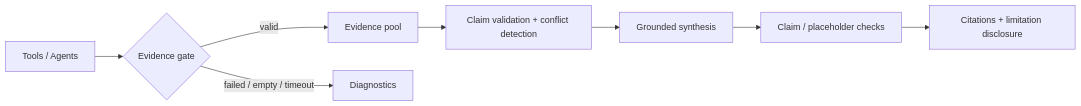
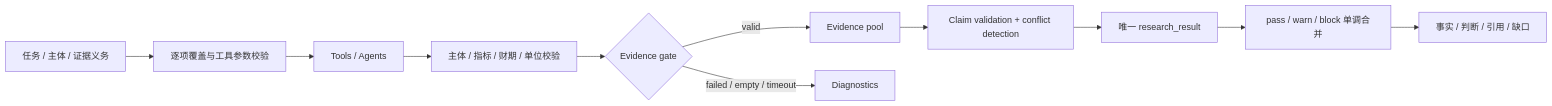
Before and after one commit to kkkano/FinSight: the diagram in docs/HALLUCINATION_MITIGATION.md, drawn with Mermaid. The commit also changed other lines of this file and 187 other files, not shown here.

Commit message:
refactor(research): unify request, evidence, quality and durable delivery

````diff
--- a/docs/HALLUCINATION_MITIGATION.md
+++ b/docs/HALLUCINATION_MITIGATION.md
@@ -7,10 +7,13 @@
 ```mermaid
 flowchart LR
-    TOOL[Tools / Agents] --> GATE{Evidence gate}
+    REQUEST[任务 / 主体 / 证据义务] --> PLAN[逐项覆盖与工具参数校验]
+    PLAN --> TOOL[Tools / Agents]
+    TOOL --> FACT[主体 / 指标 / 财期 / 单位校验]
+    FACT --> GATE{Evidence gate}
     GATE -->|valid| POOL[Evidence pool]
     GATE -->|failed / empty / timeout| DIAG[Diagnostics]
     POOL --> CLAIMS[Claim validation + conflict detection]
-    CLAIMS --> SYNTH[Grounded synthesis]
-    SYNTH --> SCRUB[Claim / placeholder checks]
-    SCRUB --> RENDER[Citations + limitation disclosure]
+    CLAIMS --> SYNTH[唯一 research_result]
+    SYNTH --> SCRUB[pass / warn / block 单调合并]
+    SCRUB --> RENDER[事实 / 判断 / 引用 / 缺口]
 ```
````
